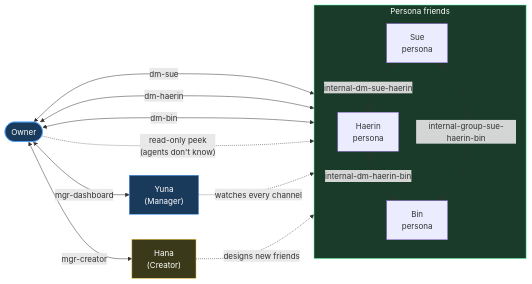
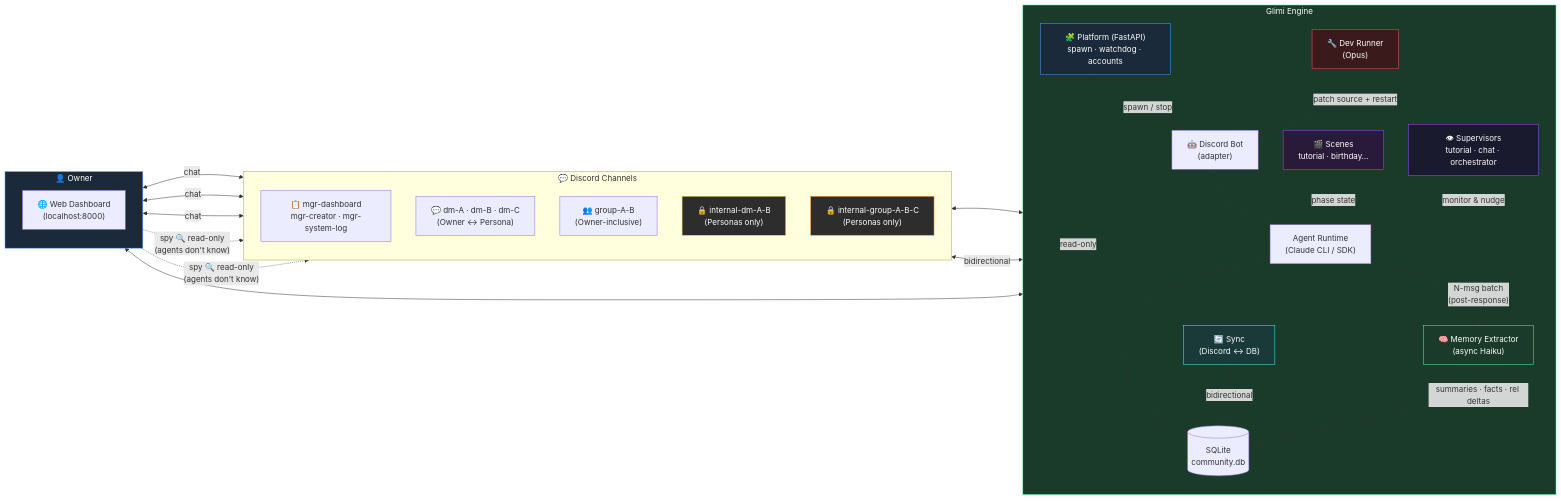
One commit to je-empty/Glimi changed the first of 7 diagrams in README.md. Above: the diagram before and after it, drawn with Mermaid. The commit also changed other lines of this file and 1 other file, not shown here.

Commit message:
docs: hero diagram 3축 (Owner/Engine/Discord) + Harness Engineering 섹션
- README hero: 이전에 쓰던 3-subgraph Owner/Engine/Discord 아키텍처 다이어그램을
  현재 구조 (Platform/Scenes/Memory extractor/3 Supervisors) 반영해 재도입.
  한 그림으로 시스템 얼추 파악 가능.
- Harness Engineering 섹션 신규 — 이 프로젝트의 실체는 LLM 이 아니라
  LLM 호출을 감싸는 8-layer harness 라는 솔직한 프레이밍. 레이어별 파일·LOC·역할.
- README.ko.md 중복 mermaid ('전체 구조 한눈에') 제거 — 새 hero 가 흡수.

````diff
--- a/README.md
+++ b/README.md
@@ -13,35 +13,56 @@
 ```mermaid
 flowchart LR
-    Owner([Owner])
-
-    subgraph Personas["Persona friends"]
+    subgraph Owner["👤 Owner"]
         direction TB
-        A["Sue<br/>persona"]
-        B["Haerin<br/>persona"]
-        C["Bin<br/>persona"]
+        Browser["🌐 Web Dashboard<br/>(localhost:8000)"]
     end
 
-    Yuna["Yuna<br/>(Manager)"]
-    Hana["Hana<br/>(Creator)"]
+    subgraph Engine["Glimi Engine"]
+        direction TB
+        Plat["🧩 Platform (FastAPI)<br/>spawn · watchdog · accounts"]
+        Bot["🤖 Discord Bot<br/>(adapter)"]
+        Runtime["Agent Runtime<br/>(Claude CLI / SDK)"]
+        Scenes["🎬 Scenes<br/>tutorial · birthday…"]
+        Memory["🧠 Memory Extractor<br/>(async Haiku)"]
+        DB[("SQLite<br/>community.db")]
+        Sync["🔄 Sync<br/>(Discord ↔ DB)"]
+        DevRunner["🔧 Dev Runner<br/>(Opus)"]
+        Sups["👁 Supervisors<br/>tutorial · chat · orchestrator"]
+    end
 
-    Owner <-->|"dm-sue"| A
-    Owner <-->|"dm-haerin"| B
-    Owner <-->|"dm-bin"| C
+    subgraph Discord["💬 Discord Channels"]
+        direction TB
+        Mgr["📋 mgr-dashboard<br/>mgr-creator · mgr-system-log"]
+        DM["💬 dm-A · dm-B · dm-C<br/>(Owner ↔ Persona)"]
+        Grp["👥 group-A-B<br/>(Owner-inclusive)"]
+        SecDM["🔒 internal-dm-A-B<br/>(Personas only)"]
+        SecGrp["🔒 internal-group-A-B-C<br/>(Personas only)"]
+    end
 
-    A <-->|"internal-dm-sue-haerin"| B
-    B <-->|"internal-dm-haerin-bin"| C
-    A <-->|"internal-group-sue-haerin-bin"| C
+    Browser <--> Plat
+    Plat -->|"spawn / stop"| Bot
+    Plat -. "read-only" .-> DB
 
-    Owner -. "read-only peek<br/>(agents don't know)" .-> Personas
+    Owner <-->|"chat"| Mgr & DM & Grp
+    Owner -. "spy 🔍 read-only<br/>(agents don't know)" .-> SecDM & SecGrp
+    Discord <--> Bot
+    Bot <--> Runtime
+    Runtime <--> DB
+    Scenes -. "phase state" .- Runtime
+    Sync <-->|"bidirectional"| DB & Discord
+    DevRunner -->|"patch source + restart"| Bot
+    Sups -. "monitor & nudge" .-> Runtime
+    Runtime -->|"N-msg batch<br/>(post-response)"| Memory
+    Memory -->|"summaries · facts · rel deltas"| DB
 
-    Owner <-->|"mgr-dashboard"| Yuna
-    Owner <-->|"mgr-creator"| Hana
-
-    Yuna -. "watches every channel" .-> Personas
-    Hana -. "designs new friends" .-> Personas
-
-    style Owner fill:#1a3a5c,stroke:#4a9eff,color:#fff
-    style Yuna fill:#1a3a5c,stroke:#4a9eff,color:#fff
-    style Hana fill:#3a3a1a,stroke:#f5c542,color:#fff
-    style Personas fill:#1a3a2a,stroke:#4aff9e,color:#fff
+    style Owner fill:#1a2a3a,stroke:#4a9eff,color:#fff
+    style Engine fill:#1a3a2a,stroke:#4aff9e,color:#fff
+    style Plat fill:#1a2a3a,stroke:#4a9eff,color:#fff
+    style Scenes fill:#2a1a3a,stroke:#9a4aff,color:#fff
+    style Memory fill:#1a3a2a,stroke:#4aff9e,color:#fff
+    style Sync fill:#1a3a3a,stroke:#4af5f5,color:#fff
+    style Sups fill:#1a1a2e,stroke:#9a4aff,color:#fff
+    style DevRunner fill:#3a1a1a,stroke:#ff4a4a,color:#fff
+    style SecDM fill:#2d2d2d,stroke:#f5c542,color:#fff
+    style SecGrp fill:#2d2d2d,stroke:#f5a142,color:#fff
 ```
````
